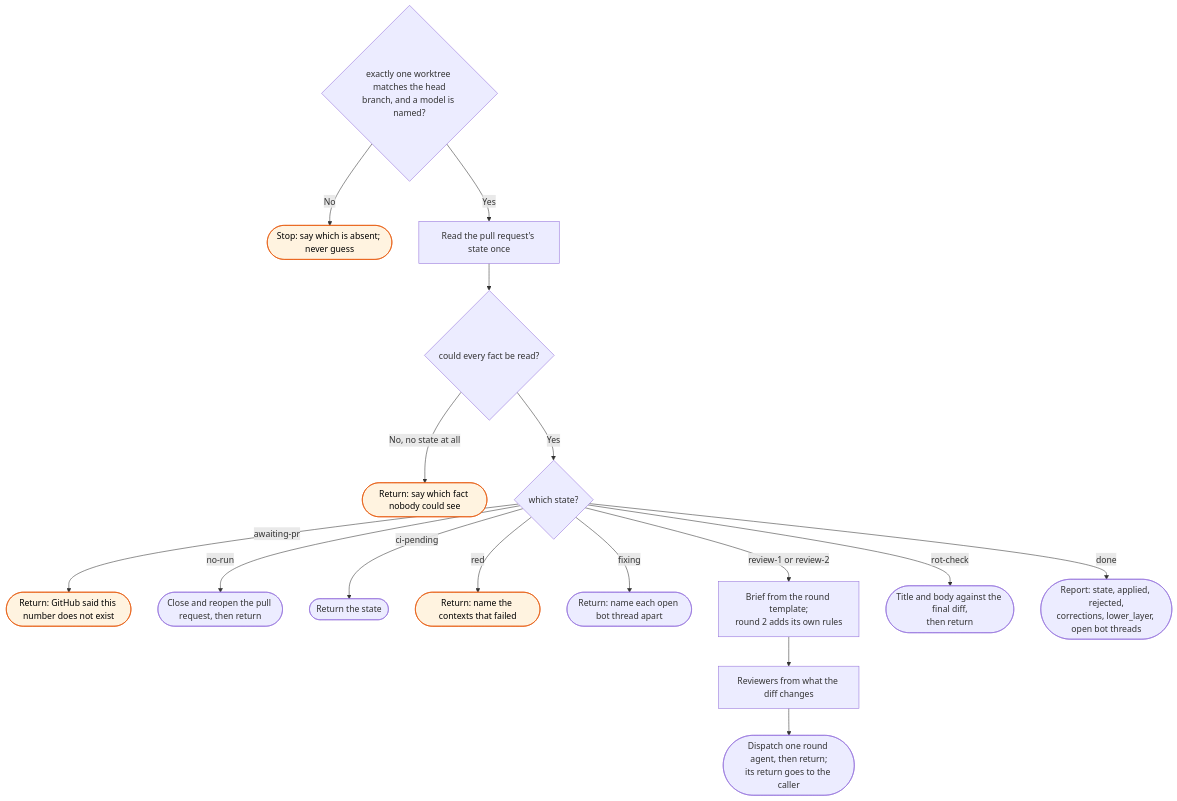
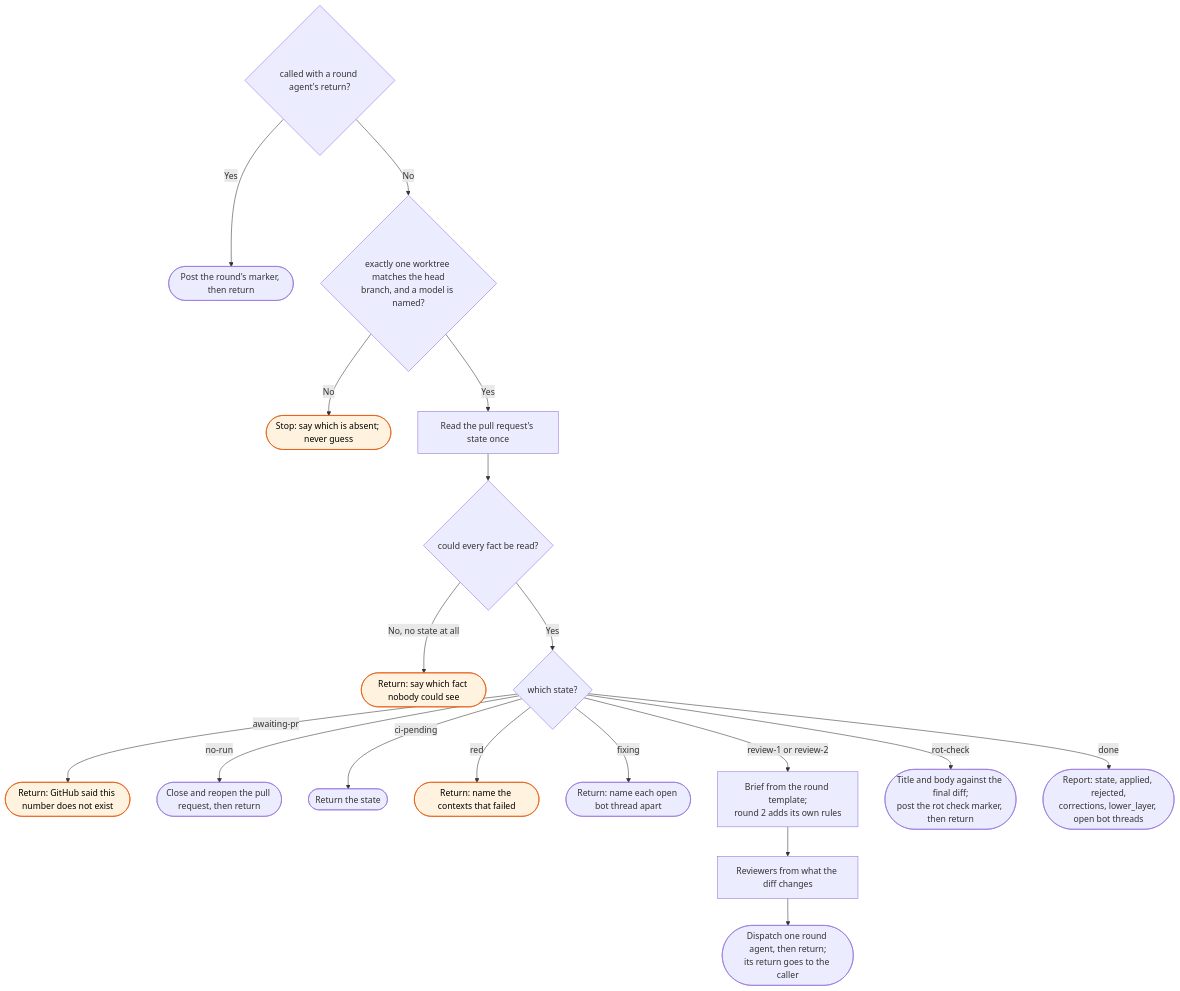
The diagram in docs/flows/workstreams/review/_skill-flow.md (bje-settings/claude), drawn with Mermaid before and after one commit. The commit also changed 5 other files, not shown here.

Commit message:
docs(workstreams): review posts a marker per round; start reads the markers

````diff
--- a/docs/flows/workstreams/review/_skill-flow.md
+++ b/docs/flows/workstreams/review/_skill-flow.md
@@ -15,25 +15,27 @@
 ```mermaid
 flowchart TD
-    W{exactly one worktree matches the head<br/>branch, and a model is named?}
+    R0{called with a round agent's return?}
+    R0 -->|Yes| R1([Post the round's marker, then return])
+    R0 -->|No| W{exactly one worktree matches the head<br/>branch, and a model is named?}
     W -->|No| W1([Stop: say which is absent; never guess]):::stop
     W -->|Yes| C[Read the pull request's state once]
 
     C --> D{could every fact be read?}
     D -->|No, no state at all| D1([Return: say which fact nobody could see]):::stop
     D -->|Yes| E{which state?}
 
     E -->|awaiting-pr| E1([Return: GitHub said this number does not exist]):::stop
     E -->|no-run| F([Close and reopen the pull request, then return])
     E -->|ci-pending| G([Return the state])
     E -->|red| G1([Return: name the contexts that failed]):::stop
     E -->|fixing| G2([Return: name each open bot thread apart])
 
     E -->|review-1 or review-2| I[Brief from the round template;<br/>round 2 adds its own rules]
     I --> J[Reviewers from what the diff changes]
     J --> K([Dispatch one round agent, then return;<br/>its return goes to the caller])
 
-    E -->|rot-check| Q([Title and body against the final diff,<br/>then return])
+    E -->|rot-check| Q([Title and body against the final diff;<br/>post the rot check marker, then return])
     E -->|done| S([Report: state, applied, rejected,<br/>corrections, lower_layer, open bot threads])
 
     classDef stop fill:#fff3e0,stroke:#e65100,color:#000
 ```
````
